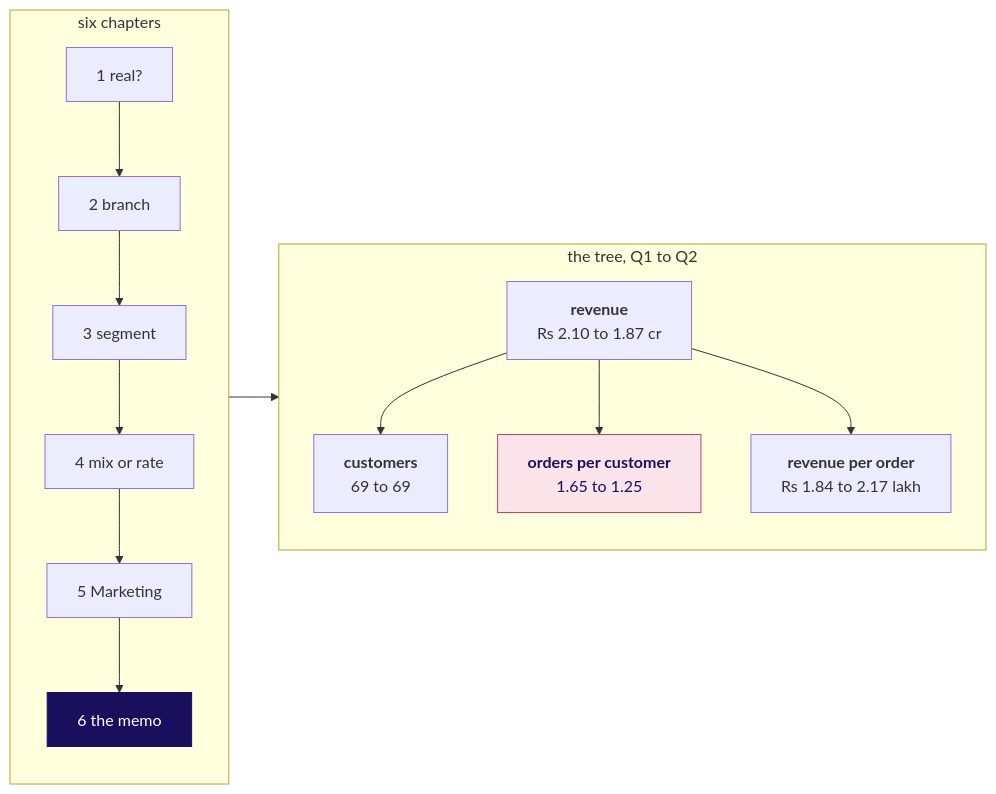
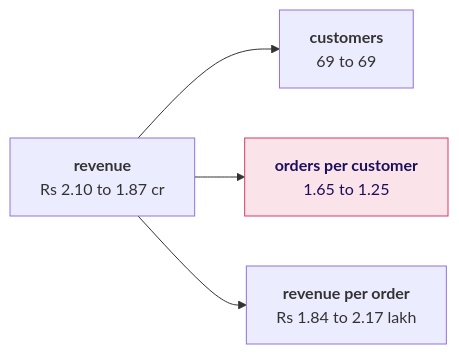
Before and after one commit to fde-academy-lab/c2-content-factory: the diagram in content/W01/D2/cheatsheets/C2_W01_D02_investigation_ladder_STUDENT.md, drawn with Mermaid. The commit also changed other lines of this file and 35 other files, not shown here.

````diff
--- a/content/W01/D2/cheatsheets/C2_W01_D02_investigation_ladder_STUDENT.md
+++ b/content/W01/D2/cheatsheets/C2_W01_D02_investigation_ladder_STUDENT.md
@@ -9,22 +9,8 @@
 ```mermaid
 flowchart LR
-    subgraph LAD["six chapters"]
-        direction TB
-        R1["1 real?"] --> R2["2 branch"]
-        R2 --> R3["3 segment"]
-        R3 --> R4["4 mix or rate"]
-        R4 --> R5["5 Marketing"]
-        R5 --> R6["6 the memo"]
-    end
-    subgraph TREE["the tree, Q1 to Q2"]
-        direction TB
-        V["<b>revenue</b><br/>Rs 2.10 to 1.87 cr"] --> C["<b>customers</b><br/>69 to 69"]
-        V --> F["<b>orders per customer</b><br/>1.65 to 1.25"]
-        V --> O["<b>revenue per order</b><br/>Rs 1.84 to 2.17 lakh"]
-    end
-    LAD --> TREE
-    classDef bet fill:#1A0F5C,stroke:#1A0F5C,color:#FFFFFF
+    V["<b>revenue</b><br/>Rs 2.10 to 1.87 cr"] --> C["<b>customers</b><br/>69 to 69"]
+    V --> F["<b>orders per customer</b><br/>1.65 to 1.25"]
+    V --> O["<b>revenue per order</b><br/>Rs 1.84 to 2.17 lakh"]
     classDef moved fill:#FBE3EA,stroke:#D63A6A,color:#1A0F5C
-    class R6 bet
     class F moved
 ```
````
